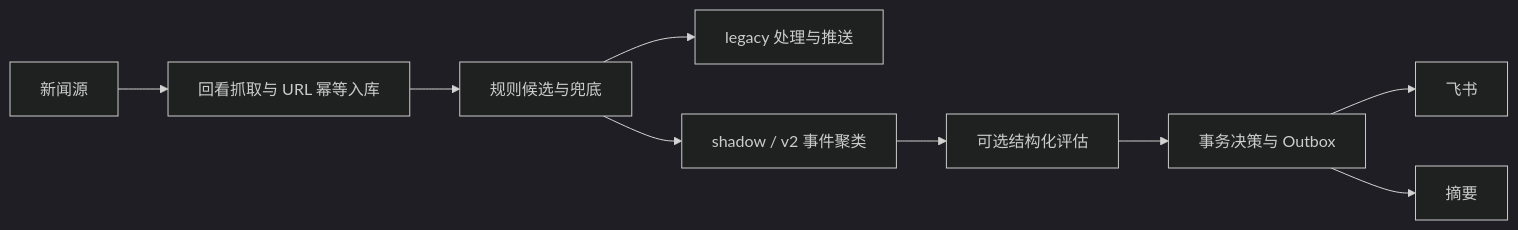
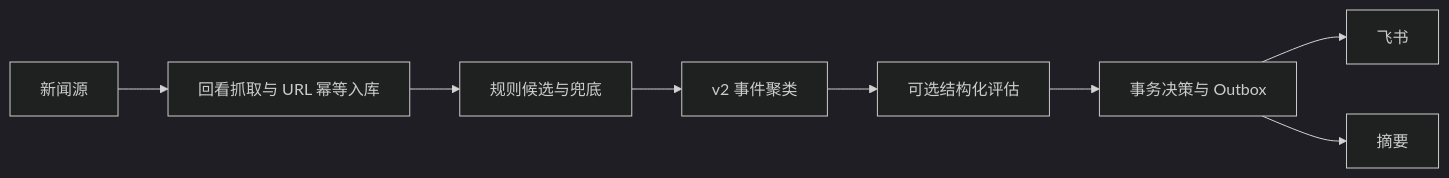
Before and after one commit to zhuangqingbin/NewsProject: the diagram in docs/architecture.md, drawn with Mermaid (dark theme). The commit also changed other lines of this file and 193 other files, not shown here.

````diff
--- a/docs/architecture.md
+++ b/docs/architecture.md
@@ -7,11 +7,10 @@
 ```mermaid
 flowchart LR
   S[新闻源] --> I[回看抓取与 URL 幂等入库]
   I --> R[规则候选与兜底]
-  R --> L[legacy 处理与推送]
-  R --> E[shadow / v2 事件聚类]
+  R --> E[v2 事件聚类]
   E --> A[可选结构化评估]
   A --> P[事务决策与 Outbox]
   P --> F[飞书]
   P --> D[摘要]
 ```
````
